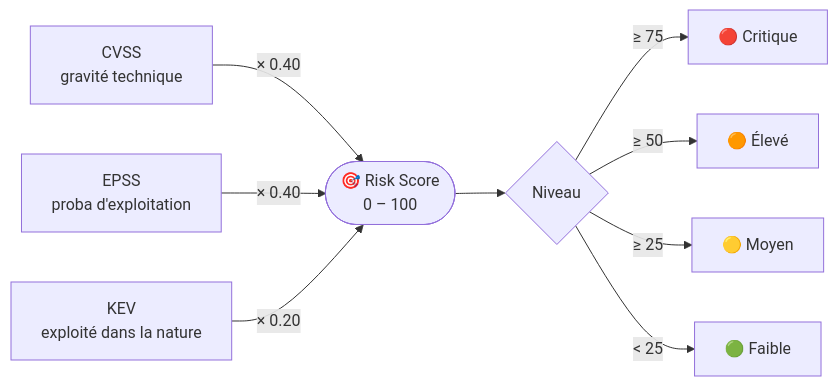
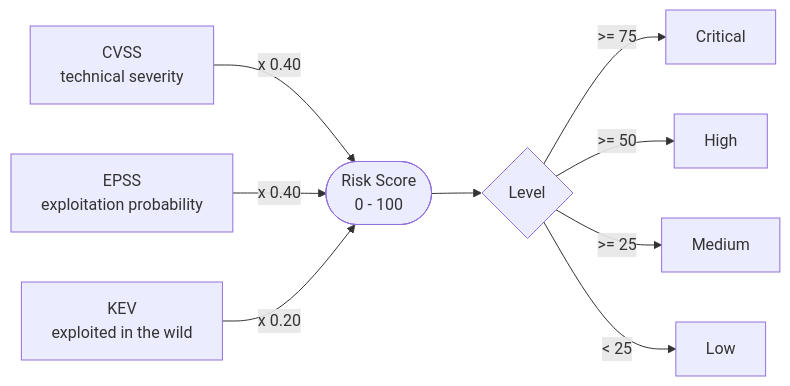
One commit to Pablo-100/Oktopus-VOC changed the third of 3 diagrams in README.md. Above: the diagram before and after it, drawn with Mermaid. The commit also changed other lines of this file and 177 other files, not shown here.

````diff
--- a/README.md
+++ b/README.md
@@ -182,11 +677,11 @@
 ```mermaid
 flowchart LR
-    CVSS["CVSS<br/>gravité technique"] -->|× 0.40| R
-    EPSS["EPSS<br/>proba d'exploitation"] -->|× 0.40| R
-    KEV["KEV<br/>exploité dans la nature"] -->|× 0.20| R
-    R(["🎯 Risk Score<br/>0 – 100"]) --> L{"Niveau"}
-    L -->|"≥ 75"| C["🔴 Critique"]
-    L -->|"≥ 50"| H["🟠 Élevé"]
-    L -->|"≥ 25"| Md["🟡 Moyen"]
-    L -->|"< 25"| F["🟢 Faible"]
+    CVSS["CVSS<br/>technical severity"] -->|x 0.40| R
+    EPSS["EPSS<br/>exploitation probability"] -->|x 0.40| R
+    KEV["KEV<br/>exploited in the wild"] -->|x 0.20| R
+    R(["Risk Score<br/>0 - 100"]) --> L{"Level"}
+    L -->|"&gt;= 75"| C["Critical"]
+    L -->|"&gt;= 50"| H["High"]
+    L -->|"&gt;= 25"| Md["Medium"]
+    L -->|"&lt; 25"| F["Low"]
 ```
````
